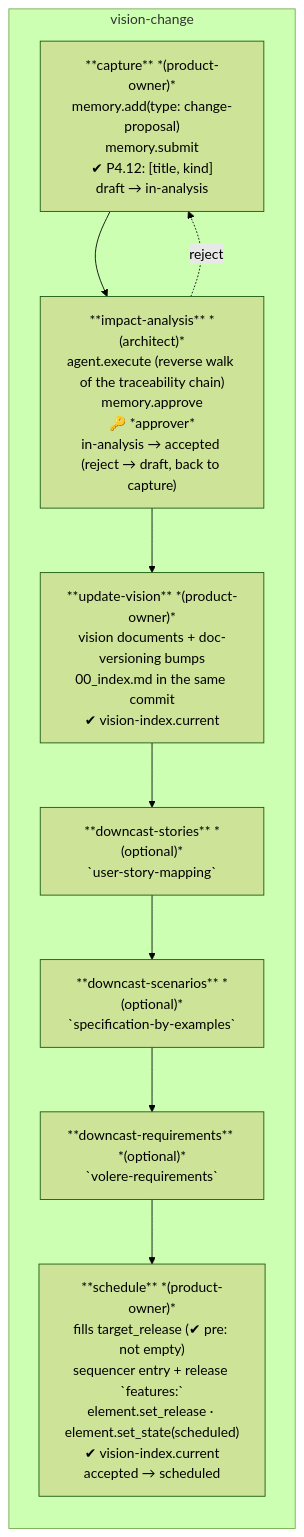
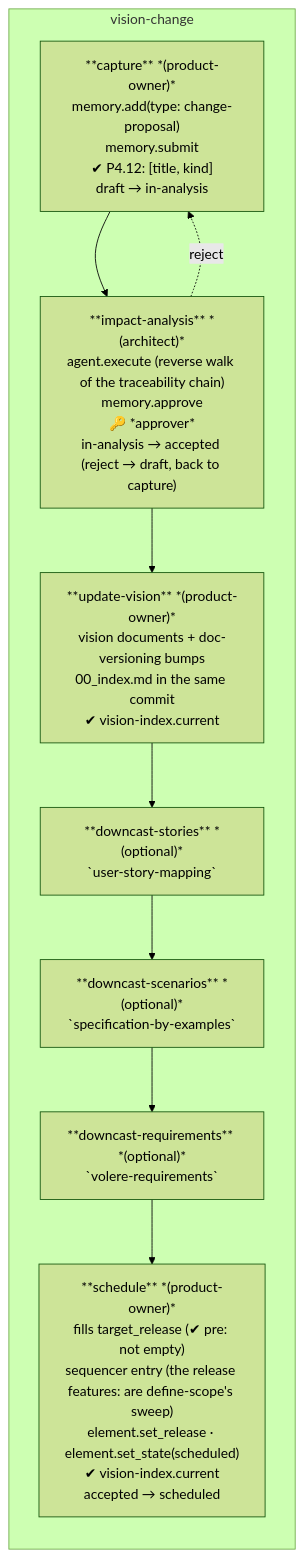
Diagram 19 of 29 in .wingfoil/WORKFLOW.md (wingfoil/wingfoil), drawn with Mermaid (forest theme) before and after one commit. The commit also changed other lines of this file and 5 other files, not shown here.

First line of the commit message:
feat(workflow): task-277 — define-scope sweeps scheduled change-proposals into the release's features; schedule stamps release and sequencer only

````diff
--- a/.wingfoil/WORKFLOW.md
+++ b/.wingfoil/WORKFLOW.md
@@ -492,15 +494,15 @@
 ```mermaid
 flowchart TD
     subgraph VC["vision-change"]
         direction TB
         V1["**capture** *(product-owner)*\nmemory.add(type: change-proposal)\nmemory.submit\n✔ P4.12: [title, kind]\ndraft → in-analysis"]
         V2["**impact-analysis** *(architect)*\nagent.execute (reverse walk of the traceability chain)\nmemory.approve\n🔑 *approver*\nin-analysis → accepted (reject → draft, back to capture)"]
         V3["**update-vision** *(product-owner)*\nvision documents + doc-versioning bumps\n00_index.md in the same commit\n✔ vision-index.current"]
         V4["**downcast-stories** *(optional)*\n`user-story-mapping`"]
         V5["**downcast-scenarios** *(optional)*\n`specification-by-examples`"]
         V6["**downcast-requirements** *(optional)*\n`volere-requirements`"]
-        V7["**schedule** *(product-owner)*\nfills target_release (✔ pre: not empty)\nsequencer entry + release `features:`\nelement.set_release · element.set_state(scheduled)\n✔ vision-index.current\naccepted → scheduled"]
+        V7["**schedule** *(product-owner)*\nfills target_release (✔ pre: not empty)\nsequencer entry (the release features: are define-scope's sweep)\nelement.set_release · element.set_state(scheduled)\n✔ vision-index.current\naccepted → scheduled"]
         V1 --> V2 --> V3 --> V4 --> V5 --> V6 --> V7
         V2 -. reject .-> V1
     end
 ```
````
